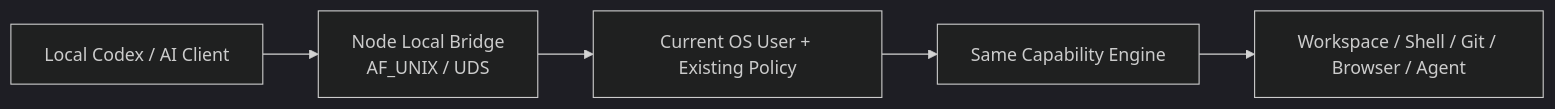
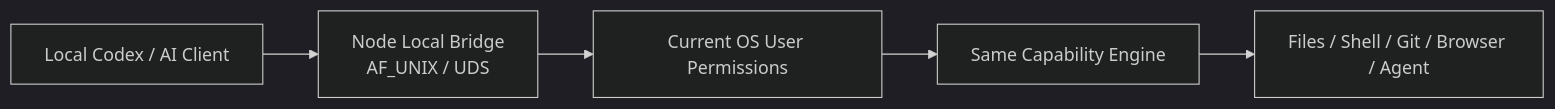
The third of 5 diagrams in docs/02-system-architecture.md (isguang2024/fast-spider), drawn with Mermaid (dark theme) before and after one commit. The commit also changed other lines of this file and 74 other files, not shown here.

````diff
--- a/docs/02-system-architecture.md
+++ b/docs/02-system-architecture.md
@@ -97,10 +95,10 @@
 ```mermaid
 flowchart LR
     LC[Local Codex / AI Client]
     LB[Node Local Bridge<br/>AF_UNIX / UDS]
-    LI[Current OS User + Existing Policy]
+    OS[Current OS User Permissions]
     CE[Same Capability Engine]
-    Res[Workspace / Shell / Git / Browser / Agent]
+    Res[Files / Shell / Git / Browser / Agent]
 
-    LC --> LB --> LI --> CE --> Res
+    LC --> LB --> OS --> CE --> Res
 ```
````
